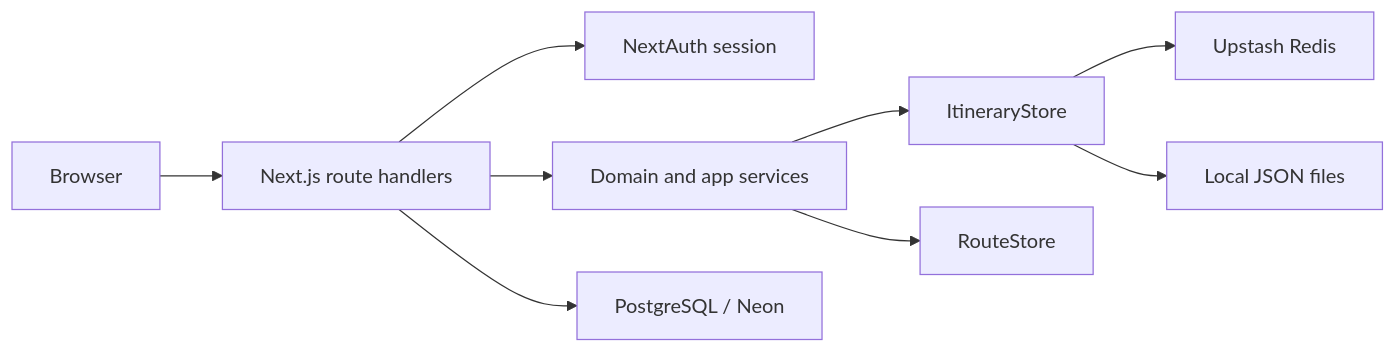
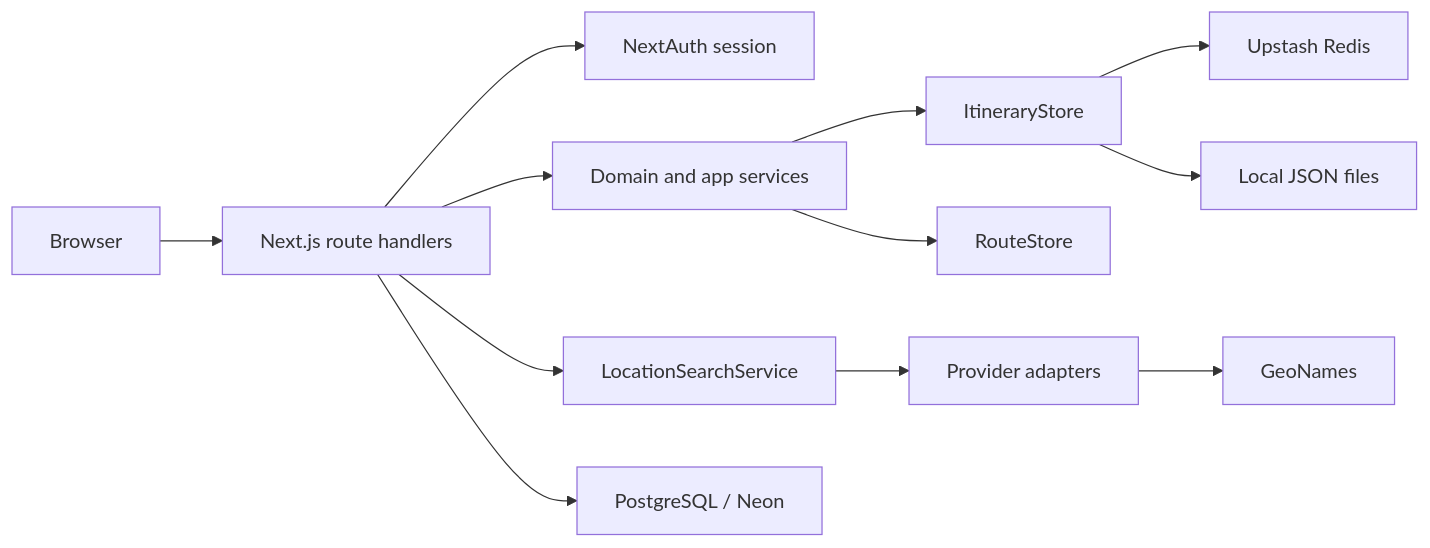
Before and after one commit to moukayz/my-tesm-tests: the diagram in travel-plan-web-next/docs/backend-architecture.md, drawn with Mermaid. The commit also changed other lines of this file and 40 other files, not shown here.

````diff
--- a/travel-plan-web-next/docs/backend-architecture.md
+++ b/travel-plan-web-next/docs/backend-architecture.md
@@ -11,21 +12,27 @@
 ```mermaid
 flowchart LR
     Browser[Browser]
     Handlers[Next.js route handlers]
     Auth[NextAuth session]
     Service[Domain and app services]
+    LSearch[LocationSearchService]
+    LProv[Provider adapters]
     IStore[ItineraryStore]
     RStore[RouteStore]
     Redis[Upstash Redis]
     File[Local JSON files]
     PG[PostgreSQL / Neon]
+    Geo[GeoNames]
 
     Browser --> Handlers
     Handlers --> Auth
     Handlers --> Service
+    Handlers --> LSearch
+    LSearch --> LProv
+    LProv --> Geo
     Service --> IStore
     Service --> RStore
     IStore --> Redis
     IStore --> File
     Handlers --> PG
 ```
````
